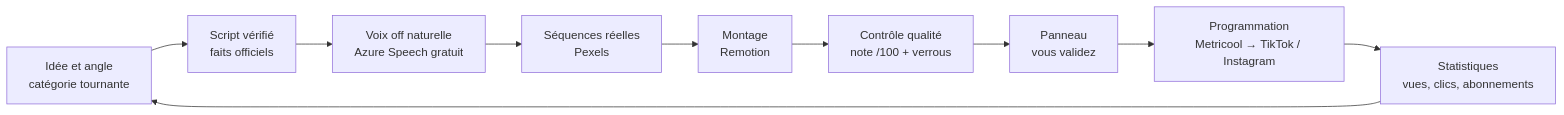
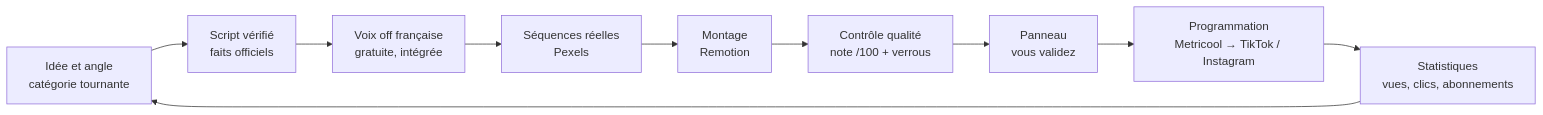
Before and after one commit to businebile-png/video-: the diagram in README.md, drawn with Mermaid. The commit also changed other lines of this file and 22 other files, not shown here.

````diff
--- a/README.md
+++ b/README.md
@@ -13,12 +13,12 @@
 ```mermaid
 flowchart LR
   A[Idée et angle<br/>catégorie tournante] --> B[Script vérifié<br/>faits officiels]
-  B --> C[Voix off naturelle<br/>Azure Speech gratuit]
+  B --> C[Voix off française<br/>gratuite, intégrée]
   C --> D[Séquences réelles<br/>Pexels]
   D --> E[Montage<br/>Remotion]
   E --> F[Contrôle qualité<br/>note /100 + verrous]
   F --> G[Panneau<br/>vous validez]
   G --> H[Programmation<br/>Metricool → TikTok / Instagram]
   H --> I[Statistiques<br/>vues, clics, abonnements]
   I --> A
 ```
````
